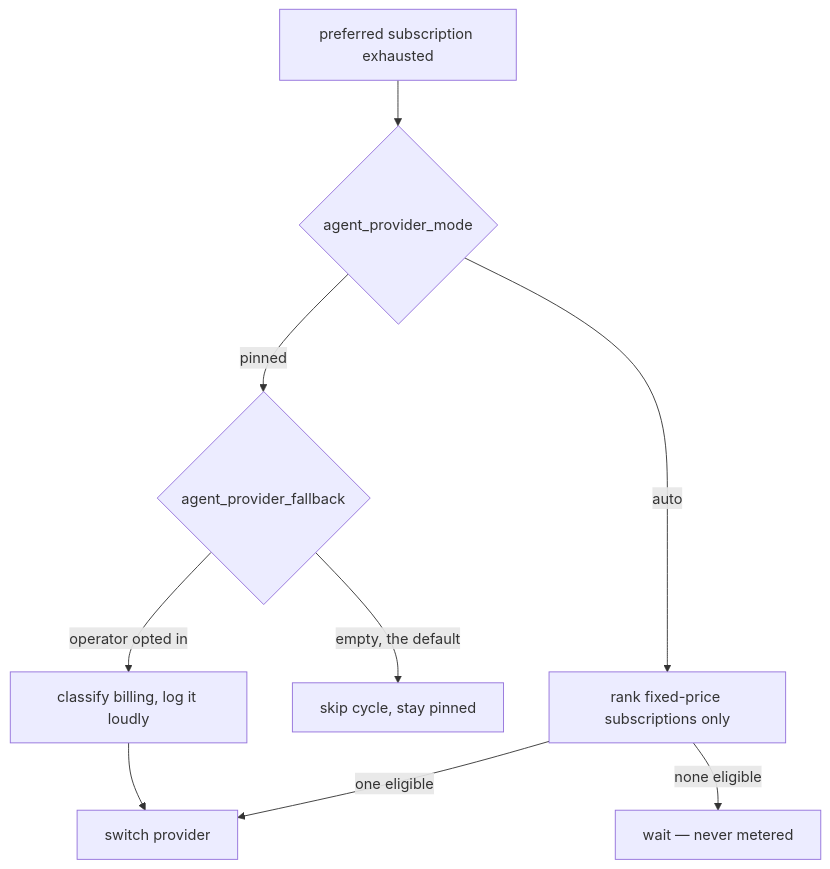
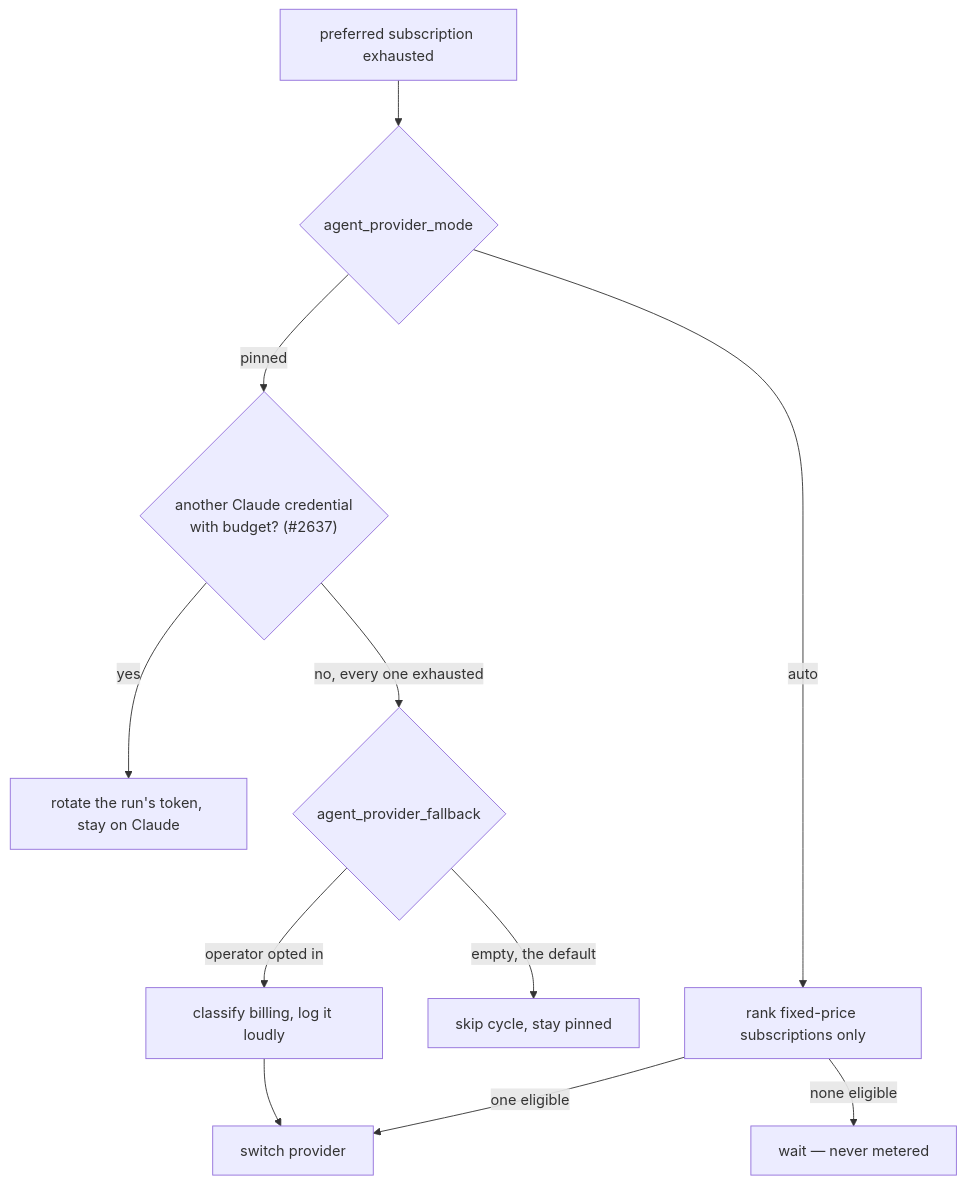
One commit to stSoftwareAU/VibeCoder changed the second of 2 diagrams in docs/PROVIDER-PARITY.md. Above: the diagram before and after it, drawn with Mermaid. The commit also changed other lines of this file and 14 other files, not shown here.

First line of the commit message:
fix(provider): drain every Claude credential before the fallback; pace never switches provider (Issue #2637) (#2640)

````diff
--- a/docs/PROVIDER-PARITY.md
+++ b/docs/PROVIDER-PARITY.md
@@ -103,11 +103,13 @@
 ```mermaid
 flowchart TD
     E["preferred subscription exhausted"] --> A{"agent_provider_mode"}
     A -->|auto| Q["rank fixed-price subscriptions only"]
     Q -->|one eligible| R["switch provider"]
     Q -->|none eligible| W["wait — never metered"]
-    A -->|pinned| F{"agent_provider_fallback"}
+    A -->|pinned| P{"another Claude credential<br/>with budget? (#2637)"}
+    P -->|yes| T["rotate the run's token, stay on Claude"]
+    P -->|"no, every one exhausted"| F{"agent_provider_fallback"}
     F -->|empty, the default| K["skip cycle, stay pinned"]
     F -->|operator opted in| B["classify billing, log it loudly"]
     B --> R
 ```
````
